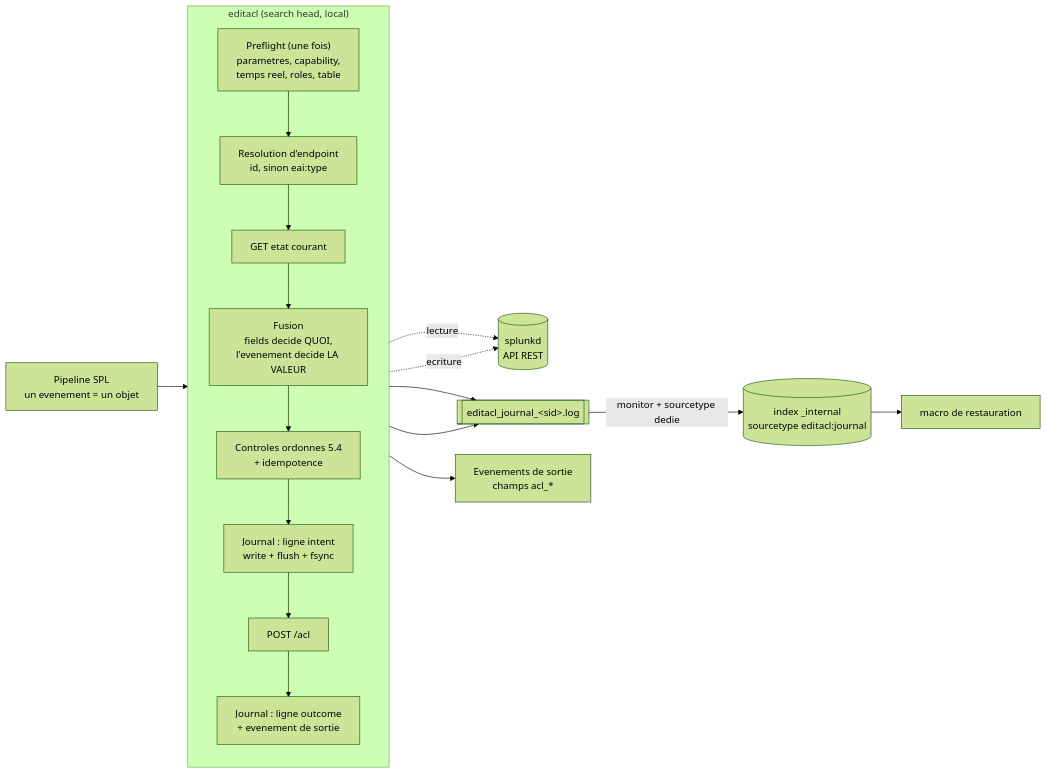
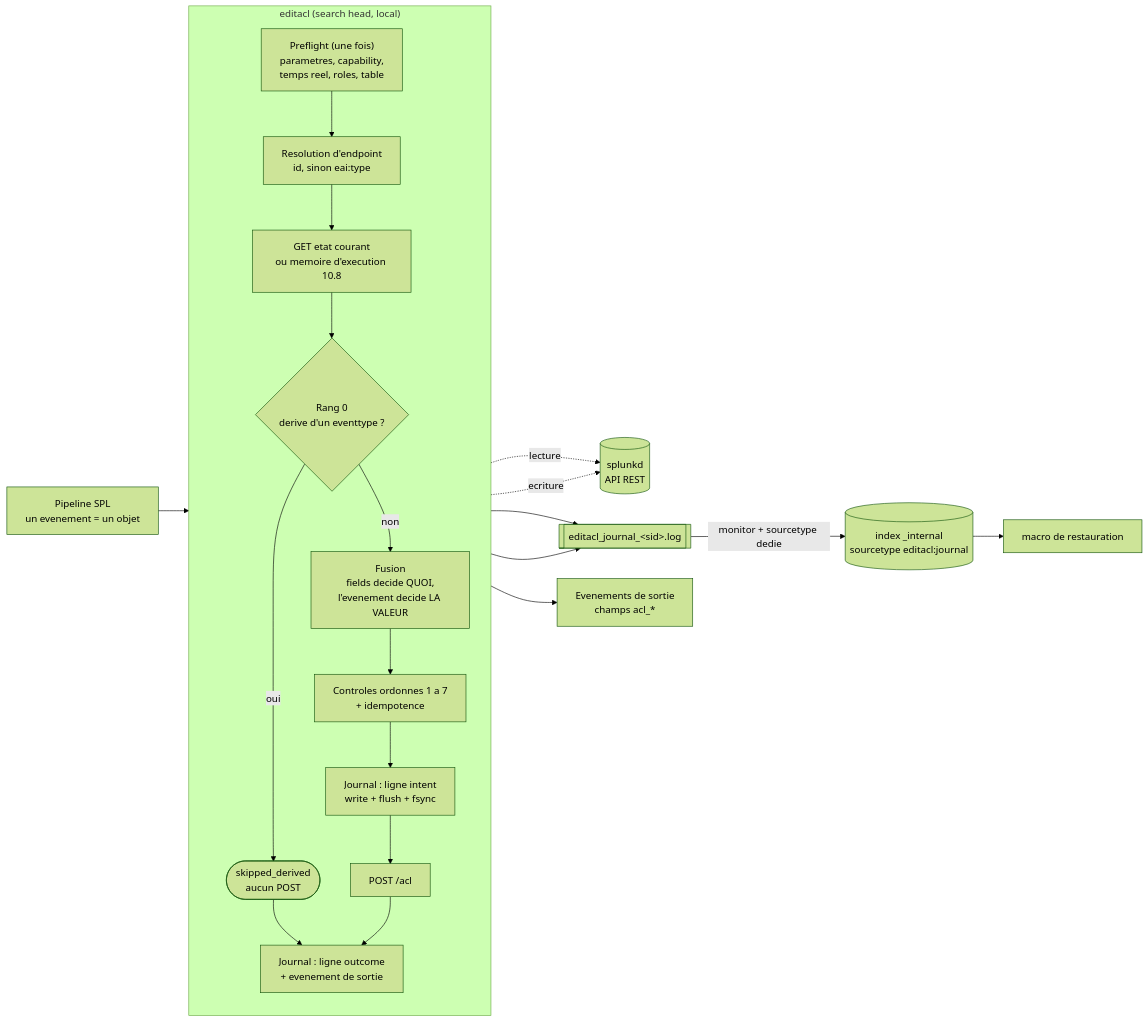
One commit to rafiki31130/SA-acl-tools changed the first of 4 diagrams in README.md. Above: the diagram before and after it, drawn with Mermaid (forest theme). The commit also changed other lines of this file, not shown here.

Commit message:
12.2 : le schema d architecture place le rang 0 la ou le code le place
Le flowchart faisait passer chaque evenement de la lecture a la fusion, puis aux
"controles ordonnes 5.4". Le rang 0 est en amont de la fusion, pas dedans, et un
derive n atteint jamais ni la fusion ni la ligne intent. Le schema montre
desormais la bifurcation et nomme la memoire d execution du 10.8 comme seconde
origine possible de l etat lu — ce qui n etait exact qu apres le correctif A-11.

````diff
--- a/README.md
+++ b/README.md
@@ -44,25 +44,29 @@
 ```mermaid
 flowchart LR
   SPL["Pipeline SPL<br/>un evenement = un objet"] --> CMD
 
   subgraph CMD["editacl (search head, local)"]
     direction TB
     PRE["Preflight (une fois)<br/>parametres, capability,<br/>temps reel, roles, table"]
     RES["Resolution d'endpoint<br/>id, sinon eai:type"]
-    GET["GET etat courant"]
+    GET["GET etat courant<br/>ou memoire d'execution 10.8"]
+    R0{"Rang 0<br/>derive d'un eventtype ?"}
+    SKD(["skipped_derived<br/>aucun POST"])
     MER["Fusion<br/>fields decide QUOI,<br/>l'evenement decide LA VALEUR"]
-    CTL["Controles ordonnes 5.4<br/>+ idempotence"]
+    CTL["Controles ordonnes 1 a 7<br/>+ idempotence"]
     WAL["Journal : ligne intent<br/>write + flush + fsync"]
     POST["POST /acl"]
     OUT["Journal : ligne outcome<br/>+ evenement de sortie"]
-    PRE --> RES --> GET --> MER --> CTL --> WAL --> POST --> OUT
+    PRE --> RES --> GET --> R0
+    R0 -->|"oui"| SKD --> OUT
+    R0 -->|"non"| MER --> CTL --> WAL --> POST --> OUT
   end
 
   GET -. "lecture" .-> SPLUNKD[("splunkd<br/>API REST")]
   POST -. "ecriture" .-> SPLUNKD
   WAL --> FILE[["editacl_journal_&lt;sid&gt;.log"]]
   OUT --> FILE
   FILE -- "monitor + sourcetype dedie" --> IDX[("index _internal<br/>sourcetype editacl:journal")]
   IDX --> RB["macro de restauration"]
   CMD --> RESULT["Evenements de sortie<br/>champs acl_*"]
 ```
````
